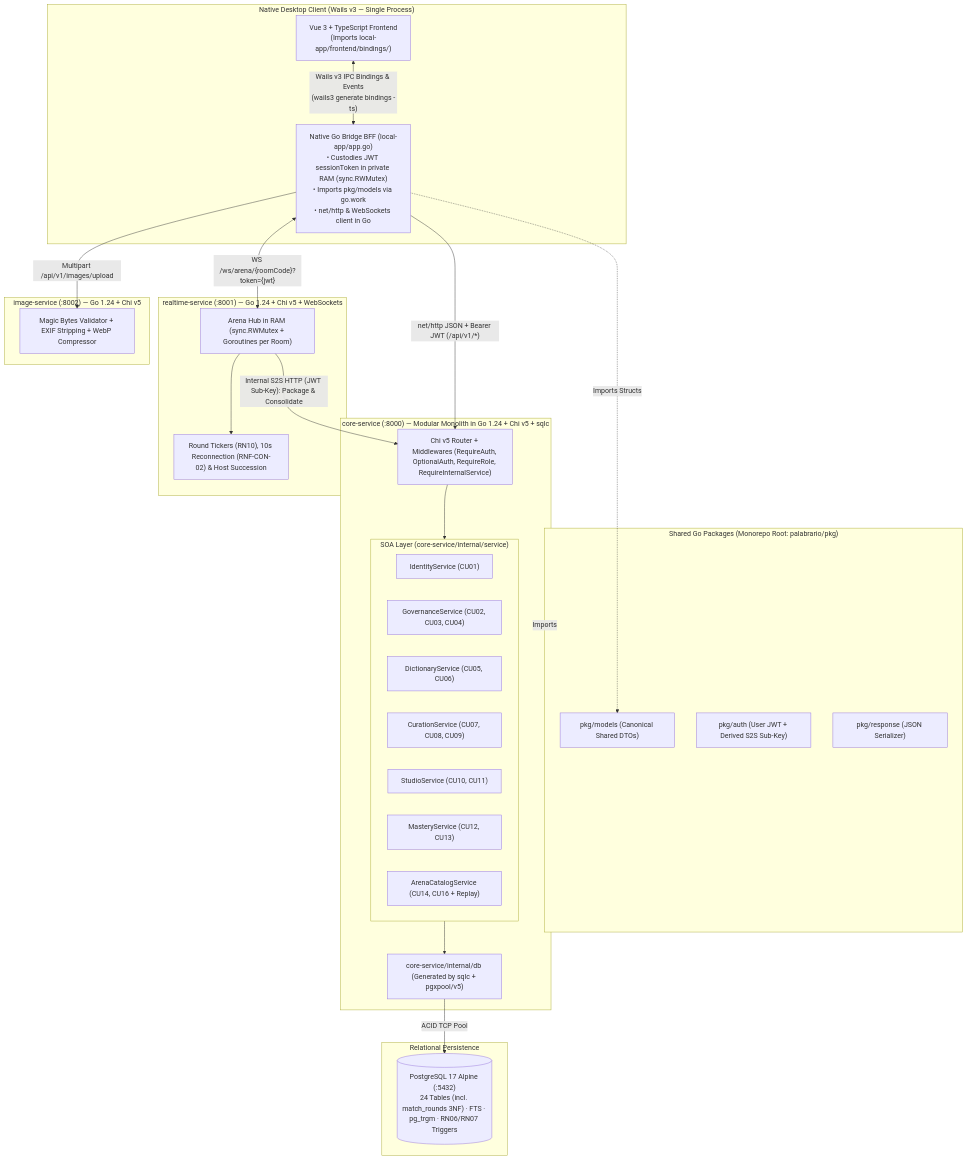
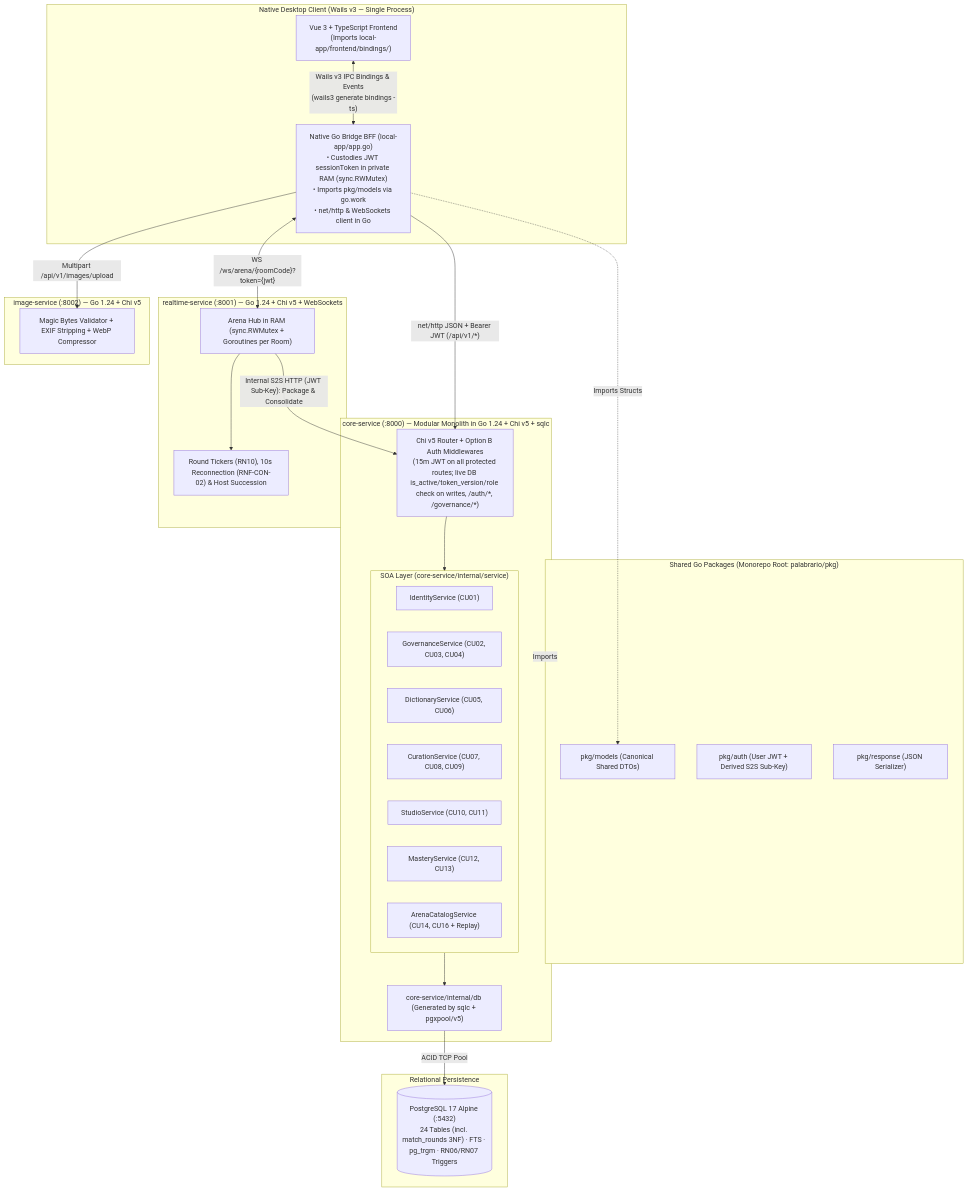
Before and after one commit to OGShawnLee/palabrario: the diagram in .routing/DOMAIN.md, drawn with Mermaid. The commit also changed other lines of this file and 25 other files, not shown here.

````diff
--- a/.routing/DOMAIN.md
+++ b/.routing/DOMAIN.md
@@ -85,52 +88,52 @@
 ```mermaid
 flowchart TB
     subgraph Client["Native Desktop Client (Wails v3 — Single Process)"]
         UI["Vue 3 + TypeScript Frontend\n(Imports local-app/frontend/bindings/)"]
         WailsBFF["Native Go Bridge BFF (local-app/app.go)\n• Custodies JWT sessionToken in private RAM (sync.RWMutex)\n• Imports pkg/models via go.work\n• net/http & WebSockets client in Go"]
         UI <-->|"Wails v3 IPC Bindings & Events\n(wails3 generate bindings -ts)"| WailsBFF
     end
 
     subgraph SharedPkg["Shared Go Packages (Monorepo Root: palabrario/pkg)"]
         PkgModels["pkg/models (Canonical Shared DTOs)"]
         PkgAuth["pkg/auth (User JWT + Derived S2S Sub-Key)"]
         PkgResp["pkg/response (JSON Serializer)"]
     end
 
     subgraph CoreService["core-service (:8000) — Modular Monolith in Go 1.24 + Chi v5 + sqlc"]
-        Router["Chi v5 Router + Middlewares (RequireAuth, OptionalAuth, RequireRole, RequireInternalService)"]
+        Router["Chi v5 Router + Option B Auth Middlewares\n(15m JWT on all protected routes; live DB is_active/token_version/role check on writes, /auth/*, /governance/*)"]
         subgraph SOALayer["SOA Layer (core-service/internal/service)"]
             S1["IdentityService (CU01)"]
             S2["GovernanceService (CU02, CU03, CU04)"]
             S3["DictionaryService (CU05, CU06)"]
             S4["CurationService (CU07, CU08, CU09)"]
             S5["StudioService (CU10, CU11)"]
             S6["MasteryService (CU12, CU13)"]
             S7["ArenaCatalogService (CU14, CU16 + Replay)"]
         end
         DBLayer["core-service/internal/db (Generated by sqlc + pgxpool/v5)"]
         Router --> SOALayer --> DBLayer
     end
 
     subgraph RealtimeService["realtime-service (:8001) — Go 1.24 + Chi v5 + WebSockets"]
         WSHub["Arena Hub in RAM (sync.RWMutex + Goroutines per Room)"]
         WSTimer["Round Tickers (RN10), 10s Reconnection (RNF-CON-02) & Host Succession"]
         WSHub --> WSTimer
     end
 
     subgraph ImageService["image-service (:8002) — Go 1.24 + Chi v5"]
         ImgProc["Magic Bytes Validator + EXIF Stripping + WebP Compressor"]
     end
 
     subgraph Database["Relational Persistence"]
         PG[("PostgreSQL 17 Alpine (:5432)\n24 Tables (incl. match_rounds 3NF) · FTS · pg_trgm · RN06/RN07 Triggers")]
     end
 
     WailsBFF -.->|"Imports Structs"| PkgModels
     CoreService -.->|"Imports"| SharedPkg
     WailsBFF -->|"net/http JSON + Bearer JWT (/api/v1/*)"| Router
     WailsBFF <-->|"WS /ws/arena/{roomCode}?token={jwt}"| WSHub
     WailsBFF -->|"Multipart /api/v1/images/upload"| ImgProc
 
     DBLayer -->|"ACID TCP Pool"| PG
     WSHub -->|"Internal S2S HTTP (JWT Sub-Key): Package & Consolidate"| Router
 ```
````
